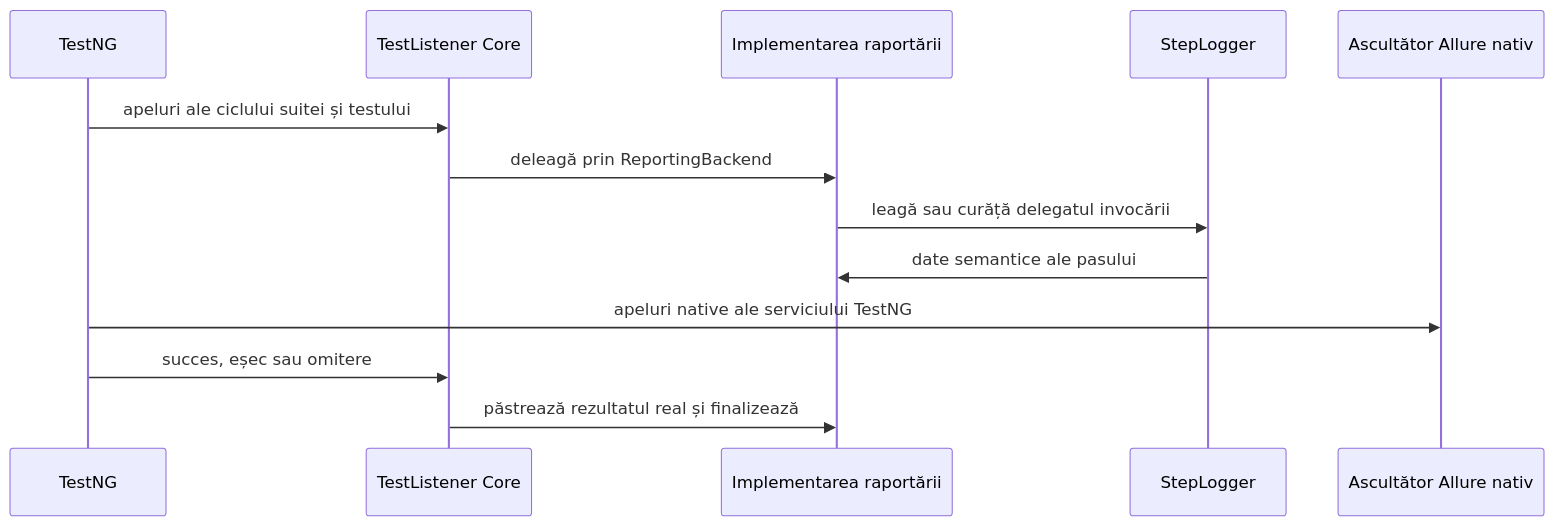
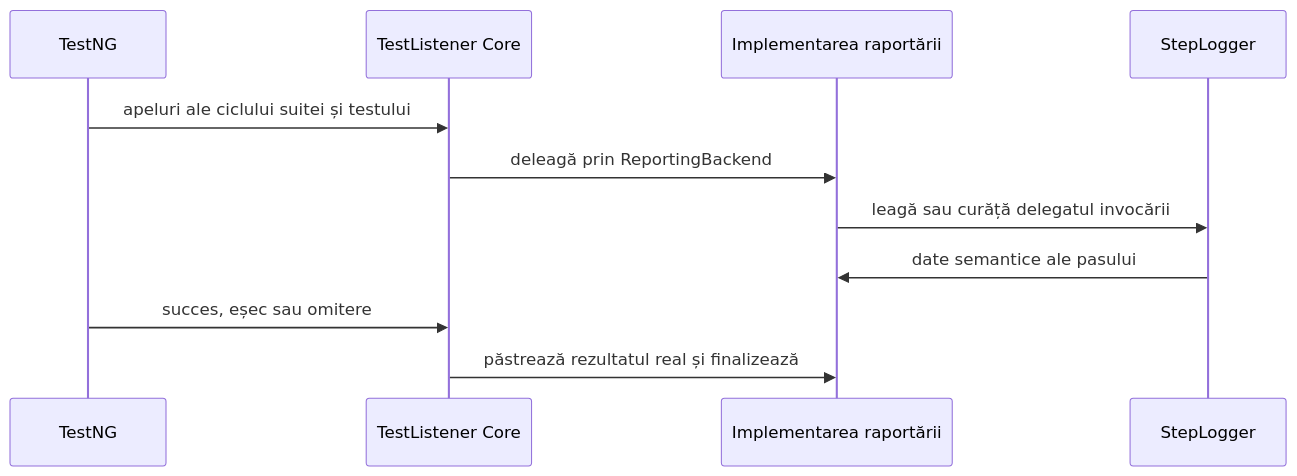
Before and after one commit to crististefanita/ATF_AI: the fourth of 7 diagrams in docs/Living_Architecture_UI_API_doc_v1_0.md, drawn with Mermaid. The commit also changed other lines of this file and 111 other files, not shown here.

````diff
--- a/docs/Living_Architecture_UI_API_doc_v1_0.md
+++ b/docs/Living_Architecture_UI_API_doc_v1_0.md
@@ -449,15 +459,13 @@
 ```mermaid
 sequenceDiagram
     participant TestNG
     participant Facade as TestListener Core
     participant Backend as Implementarea raportării
     participant Steps as StepLogger
-    participant Allure as Ascultător Allure nativ
     TestNG->>Facade: apeluri ale ciclului suitei și testului
     Facade->>Backend: deleagă prin ReportingBackend
     Backend->>Steps: leagă sau curăță delegatul invocării
     Steps->>Backend: date semantice ale pasului
-    TestNG->>Allure: apeluri native ale serviciului TestNG
     TestNG->>Facade: succes, eșec sau omitere
     Facade->>Backend: păstrează rezultatul real și finalizează
 ```
````
